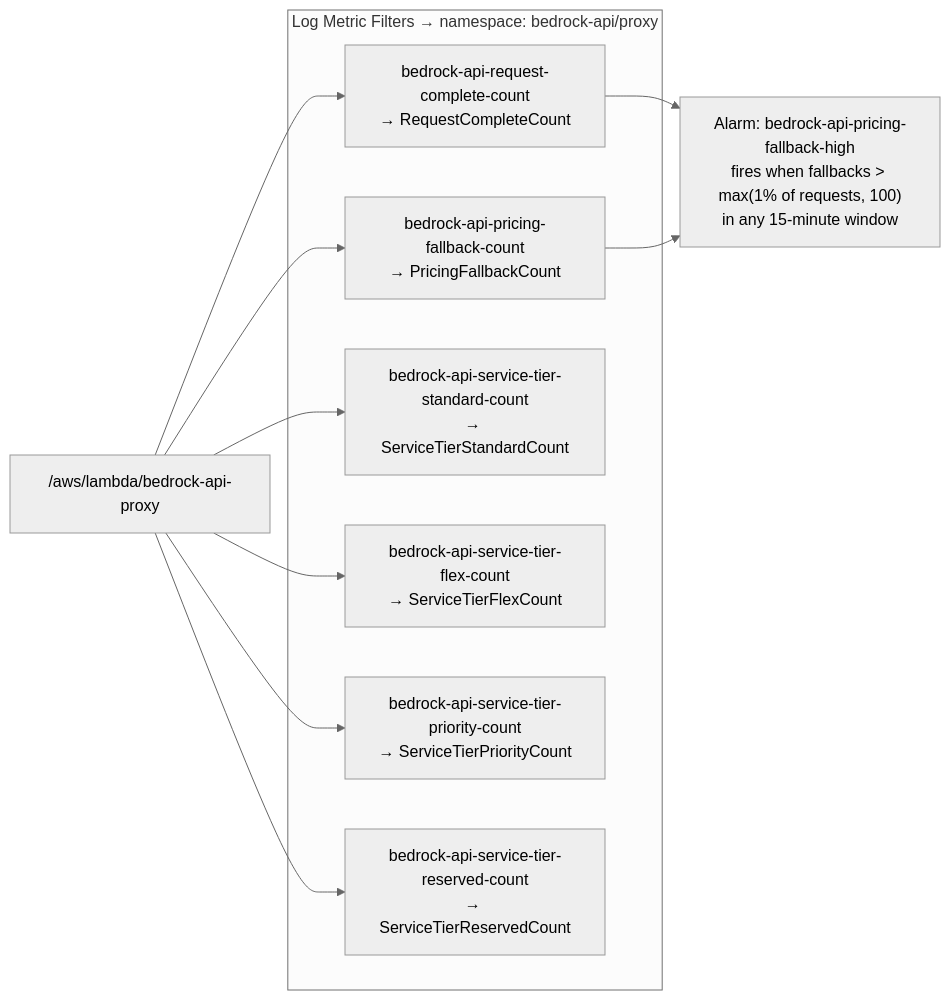
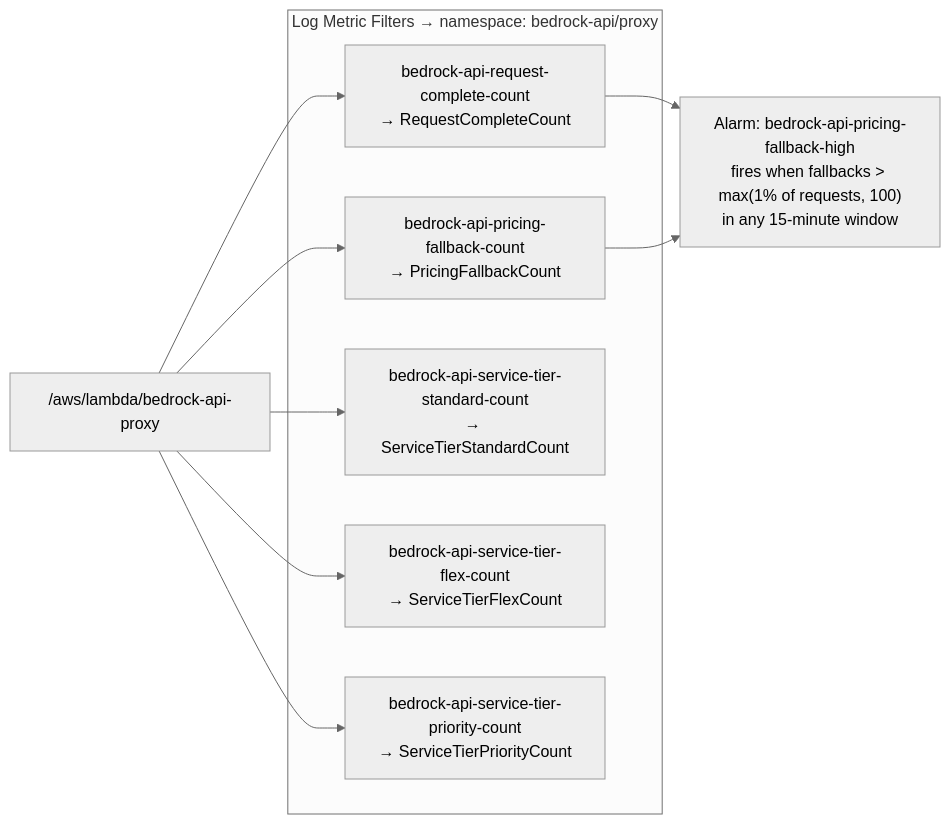
The fifth of 5 diagrams in docs/architecture.md (smarttransit-ai/bedrock-api), drawn with Mermaid (neutral theme) before and after one commit. The commit also changed other lines of this file and 19 other files, not shown here.

First line of the commit message:
Drop review-round hardening from service-tier billing and trim its tests and docs

````diff
--- a/docs/architecture.md
+++ b/docs/architecture.md
@@ -213,24 +208,22 @@
 ```mermaid
 graph LR
     Logs["/aws/lambda/bedrock-api-proxy"]
 
     subgraph Filters["Log Metric Filters → namespace: bedrock-api/proxy"]
         F1["bedrock-api-request-complete-count<br/>→ RequestCompleteCount"]
         F2["bedrock-api-pricing-fallback-count<br/>→ PricingFallbackCount"]
         F3["bedrock-api-service-tier-standard-count<br/>→ ServiceTierStandardCount"]
         F4["bedrock-api-service-tier-flex-count<br/>→ ServiceTierFlexCount"]
         F5["bedrock-api-service-tier-priority-count<br/>→ ServiceTierPriorityCount"]
-        F6["bedrock-api-service-tier-reserved-count<br/>→ ServiceTierReservedCount"]
     end
 
     Alarm["Alarm: bedrock-api-pricing-fallback-high<br/>fires when fallbacks &gt; max(1% of requests, 100)<br/>in any 15-minute window"]
 
     Logs --> F1
     Logs --> F2
     Logs --> F3
     Logs --> F4
     Logs --> F5
-    Logs --> F6
     F1 --> Alarm
     F2 --> Alarm
 ```
````
